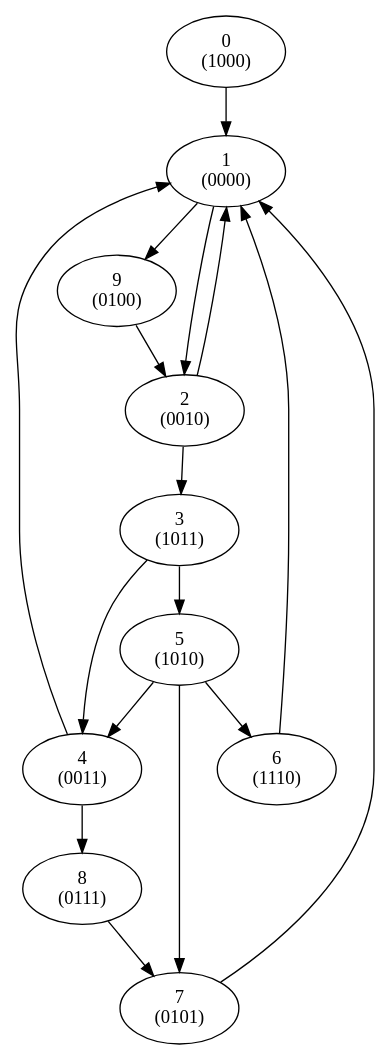
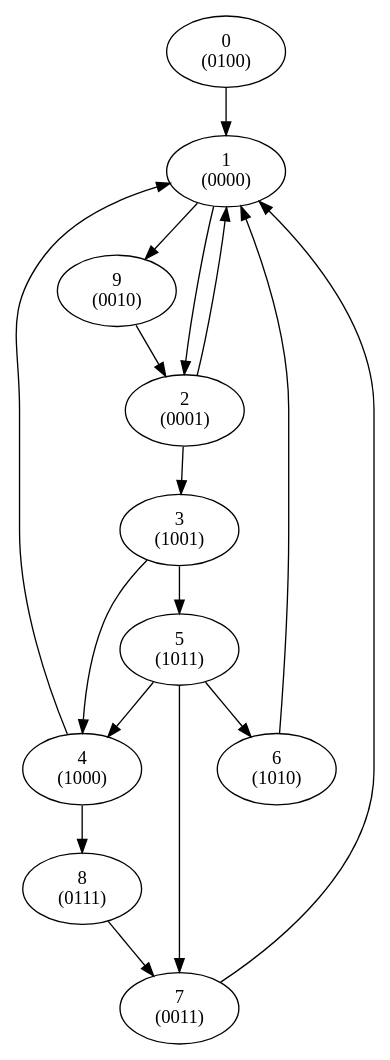
Before and after one commit to abemac/verilog-to-fsm: the diagram in state_encoding/yuan_alg/run/DFS.dot, drawn with Graphviz. The commit also changed 4 other files, not shown here.

```diff
--- a/state_encoding/yuan_alg/run/DFS.dot
+++ b/state_encoding/yuan_alg/run/DFS.dot
@@ -1,18 +1,18 @@
 digraph fsm {
-"0\n(1000)" -> "1\n(0000)";
-"1\n(0000)" -> "2\n(0010)";
-"1\n(0000)" -> "9\n(0100)";
-"2\n(0010)" -> "1\n(0000)";
-"2\n(0010)" -> "3\n(1011)";
-"3\n(1011)" -> "5\n(1010)";
-"3\n(1011)" -> "4\n(0011)";
-"4\n(0011)" -> "1\n(0000)";
-"4\n(0011)" -> "8\n(0111)";
-"5\n(1010)" -> "4\n(0011)";
-"5\n(1010)" -> "7\n(0101)";
-"5\n(1010)" -> "6\n(1110)";
-"6\n(1110)" -> "1\n(0000)";
-"7\n(0101)" -> "1\n(0000)";
-"8\n(0111)" -> "7\n(0101)";
-"9\n(0100)" -> "2\n(0010)";
+"0\n(0100)" -> "1\n(0000)";
+"1\n(0000)" -> "2\n(0001)";
+"1\n(0000)" -> "9\n(0010)";
+"2\n(0001)" -> "1\n(0000)";
+"2\n(0001)" -> "3\n(1001)";
+"3\n(1001)" -> "5\n(1011)";
+"3\n(1001)" -> "4\n(1000)";
+"4\n(1000)" -> "1\n(0000)";
+"4\n(1000)" -> "8\n(0111)";
+"5\n(1011)" -> "4\n(1000)";
+"5\n(1011)" -> "7\n(0011)";
+"5\n(1011)" -> "6\n(1010)";
+"6\n(1010)" -> "1\n(0000)";
+"7\n(0011)" -> "1\n(0000)";
+"8\n(0111)" -> "7\n(0011)";
+"9\n(0010)" -> "2\n(0001)";
 }
```
